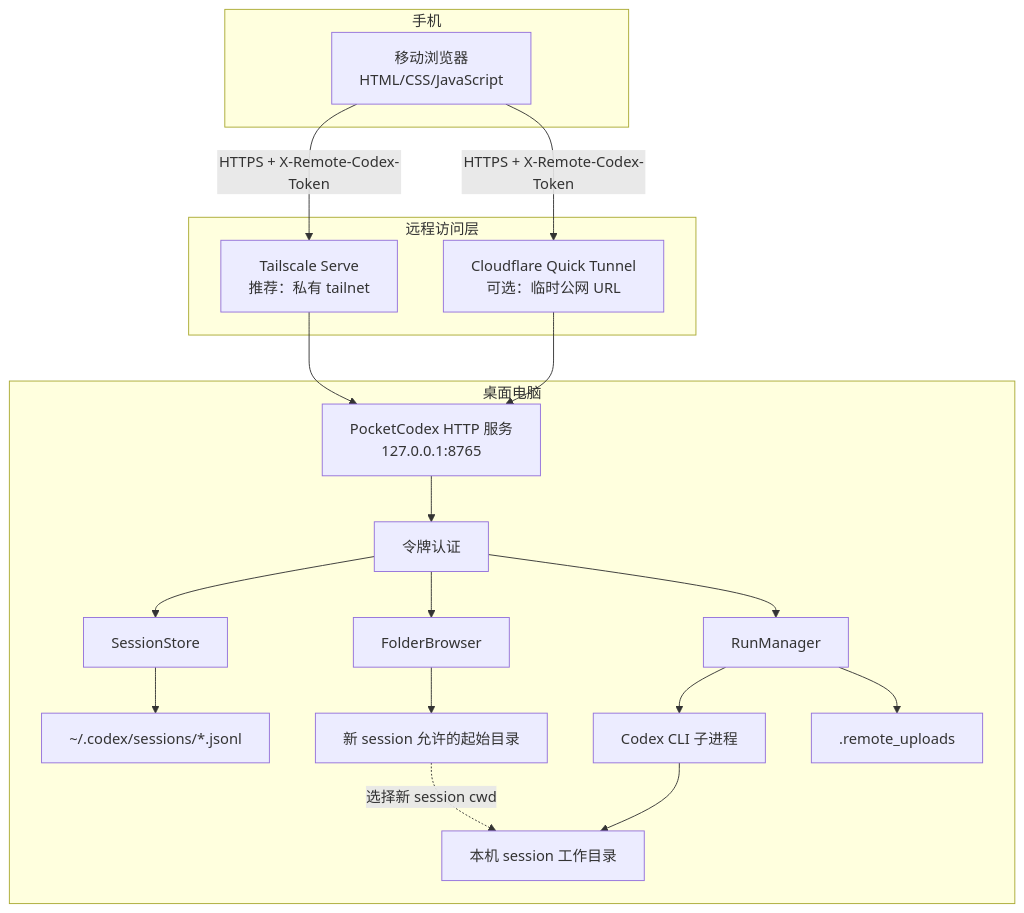
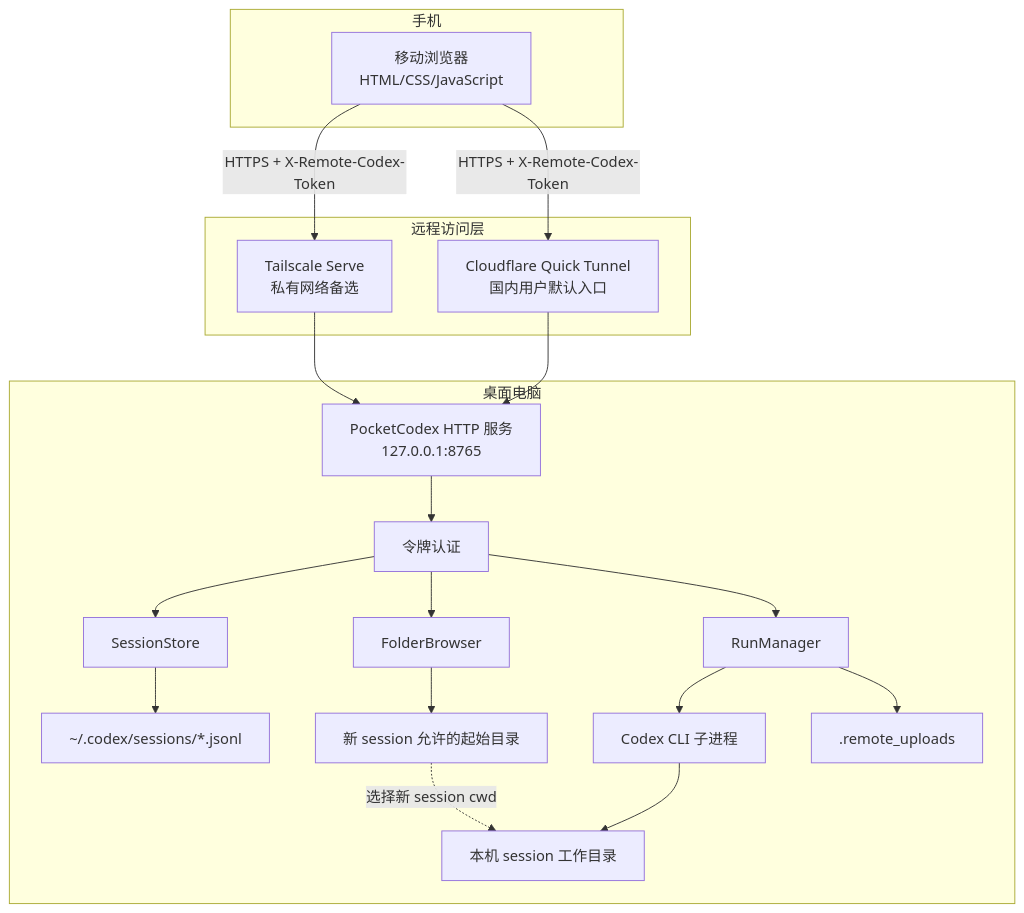
Before and after one commit to wanlixing-dream/Pocket-Codex: the first of 4 diagrams in docs/ARCHITECTURE.md, drawn with Mermaid. The commit also changed other lines of this file and 3 other files, not shown here.

````diff
--- a/docs/ARCHITECTURE.md
+++ b/docs/ARCHITECTURE.md
@@ -11,39 +11,39 @@
 ```mermaid
 flowchart TB
     subgraph Mobile[手机]
         Browser[移动浏览器<br/>HTML/CSS/JavaScript]
     end
 
     subgraph Network[远程访问层]
-        Tailscale[Tailscale Serve<br/>推荐：私有 tailnet]
-        Cloudflare[Cloudflare Quick Tunnel<br/>可选：临时公网 URL]
+        Cloudflare[Cloudflare Quick Tunnel<br/>国内用户默认入口]
+        Tailscale[Tailscale Serve<br/>私有网络备选]
     end
 
     subgraph Desktop[桌面电脑]
         HTTP[PocketCodex HTTP 服务<br/>127.0.0.1:8765]
         Auth[令牌认证]
         SessionStore[SessionStore]
         FolderBrowser[FolderBrowser]
         RunManager[RunManager]
         SessionFiles[~/.codex/sessions/*.jsonl]
         Roots[新 session 允许的起始目录]
         Workspaces[本机 session 工作目录]
         Codex[Codex CLI 子进程]
         Uploads[.remote_uploads]
     end
 
     Browser -->|HTTPS + X-Remote-Codex-Token| Tailscale
     Browser -->|HTTPS + X-Remote-Codex-Token| Cloudflare
     Tailscale --> HTTP
     Cloudflare --> HTTP
     HTTP --> Auth
     Auth --> SessionStore
     Auth --> FolderBrowser
     Auth --> RunManager
     SessionStore --> SessionFiles
     FolderBrowser --> Roots
     RunManager --> Codex
     RunManager --> Uploads
     Codex --> Workspaces
     Roots -.选择新 session cwd.-> Workspaces
 ```
````
